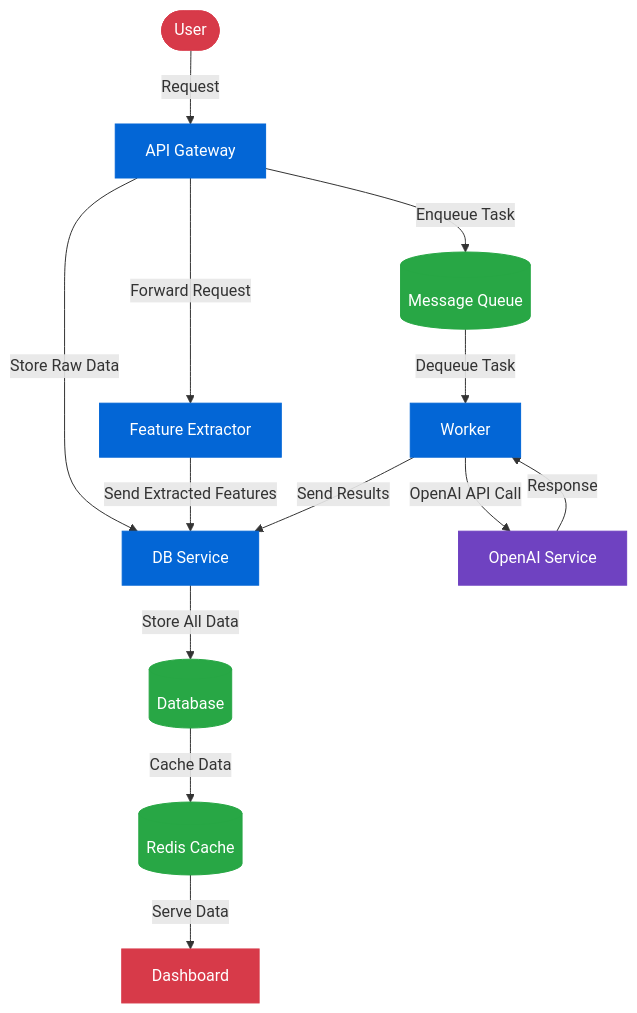
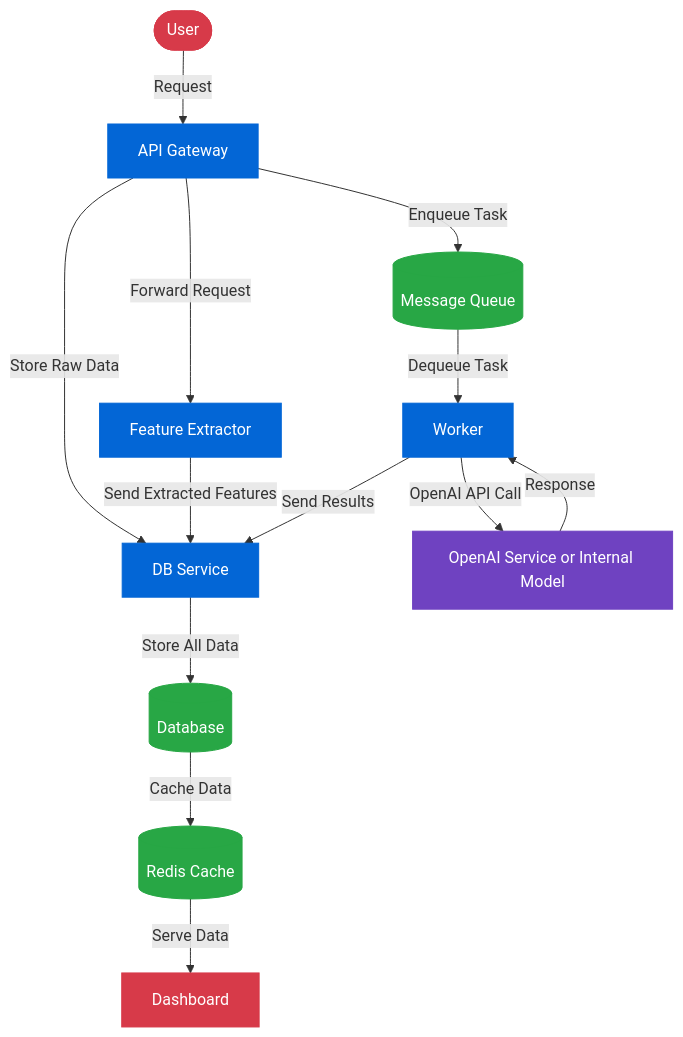
Before and after one commit to Ralo93/CustomerAnalyticsDashboard: the second of 2 diagrams in README.md, drawn with Mermaid.

````diff
--- a/README.md
+++ b/README.md
@@ -85,35 +85,35 @@
 ```mermaid
 flowchart TD
     User([User]) -->|Request| API[API Gateway]
     
     API -->|Forward Request| FE[Feature Extractor]
     API -->|Enqueue Task| MQ[(Message Queue)]
     API -->|Store Raw Data| DBS[DB Service]
     
     FE -->|Send Extracted Features| DBS
     
     MQ -->|Dequeue Task| Worker[Worker]
     
-    Worker -->|OpenAI API Call| OpenAI[OpenAI Service]
+    Worker -->|OpenAI API Call| OpenAI[OpenAI Service or Internal Model] 
     OpenAI -->|Response| Worker
     
     Worker -->|Send Results| DBS
     
     DBS -->|Store All Data| DB[(Database)]
     
     DB -->|Cache Data| Redis[(Redis Cache)]
     
     Redis -->|Serve Data| Dashboard[Dashboard]
     
     %% GitHub-friendly styling
     classDef default fill:#f9f9f9,stroke:#999,stroke-width:1px,color:#333
     classDef service fill:#0366d6,stroke:#0366d6,color:white
     classDef storage fill:#28a745,stroke:#28a745,color:white
     classDef external fill:#6f42c1,stroke:#6f42c1,color:white
     classDef user fill:#d73a49,stroke:#d73a49,color:white
     
     class API,FE,Worker,DBS service
     class DB,Redis,MQ storage
     class OpenAI external
     class User,Dashboard user
 ```
````
